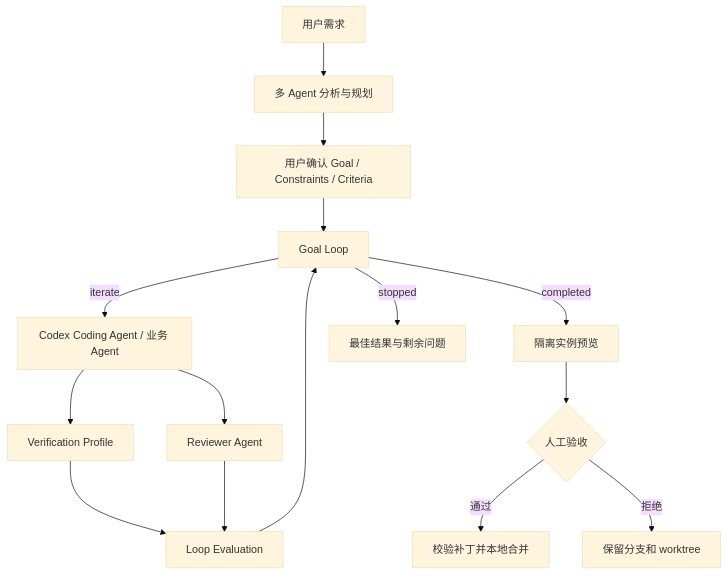
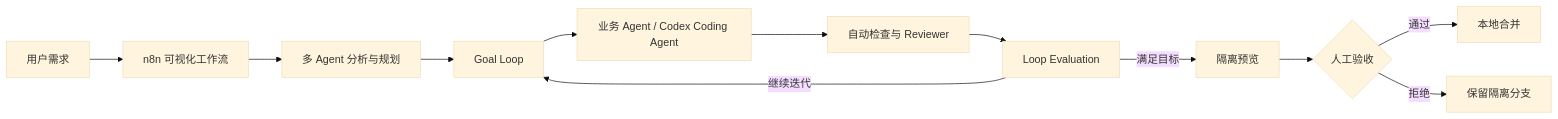
One commit to Xushuo174/Talent-AI changed the diagram in README.md. Above: the diagram before and after it, drawn with Mermaid (base theme). The commit also changed other lines of this file, not shown here.

````diff
--- a/README.md
+++ b/README.md
@@ -52,17 +24,14 @@
-~~~mermaid
-flowchart TB
-    U[用户需求] --> A[多 Agent 分析与规划]
-    A --> H[用户确认 Goal / Constraints / Criteria]
-    H --> G[Goal Loop]
-    G -->|iterate| C[Codex Coding Agent / 业务 Agent]
-    C --> T[Verification Profile]
-    C --> R[Reviewer Agent]
-    T --> E[Loop Evaluation]
-    R --> E
-    E --> G
-    G -->|completed| P[隔离实例预览]
-    G -->|stopped| S[最佳结果与剩余问题]
-    P --> V{人工验收}
-    V -->|通过| M[校验补丁并本地合并]
-    V -->|拒绝| K[保留分支和 worktree]
-~~~
+```mermaid
+flowchart LR
+    U[用户需求] --> W[n8n 可视化工作流]
+    W --> A[多 Agent 分析与规划]
+    A --> L[Goal Loop]
+    L --> X[业务 Agent / Codex Coding Agent]
+    X --> V[自动检查与 Reviewer]
+    V --> E[Loop Evaluation]
+    E -->|继续迭代| L
+    E -->|满足目标| P[隔离预览]
+    P --> H{人工验收}
+    H -->|通过| M[本地合并]
+    H -->|拒绝| R[保留隔离分支]
+```
````
